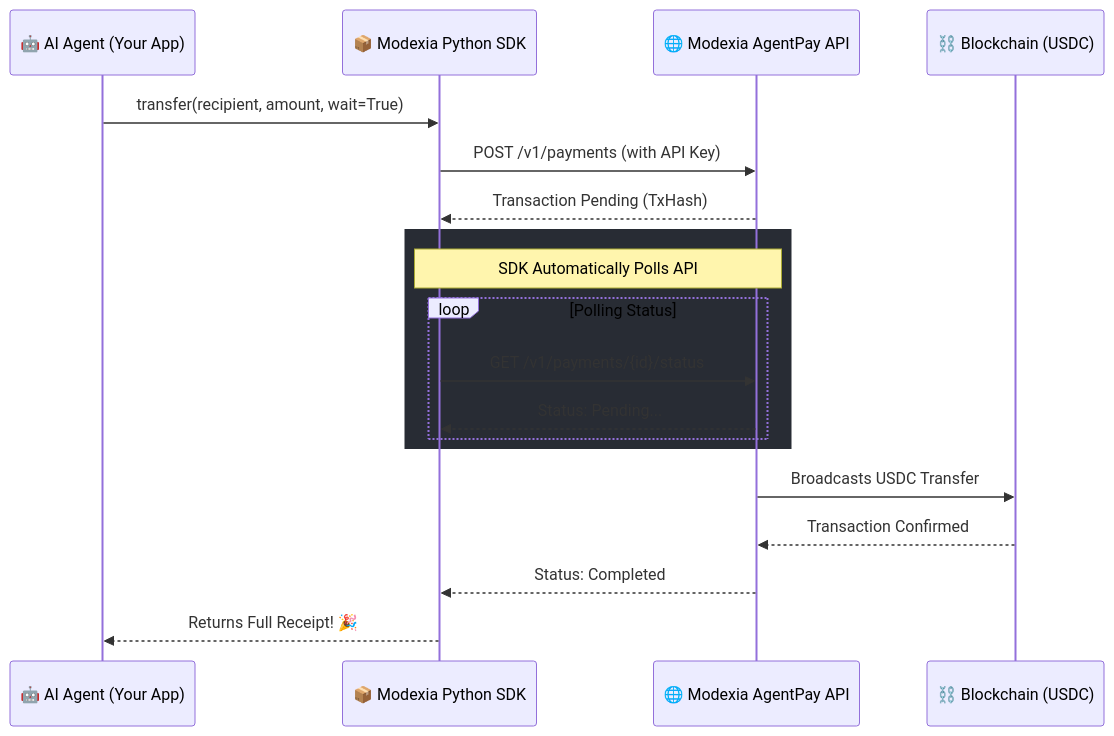
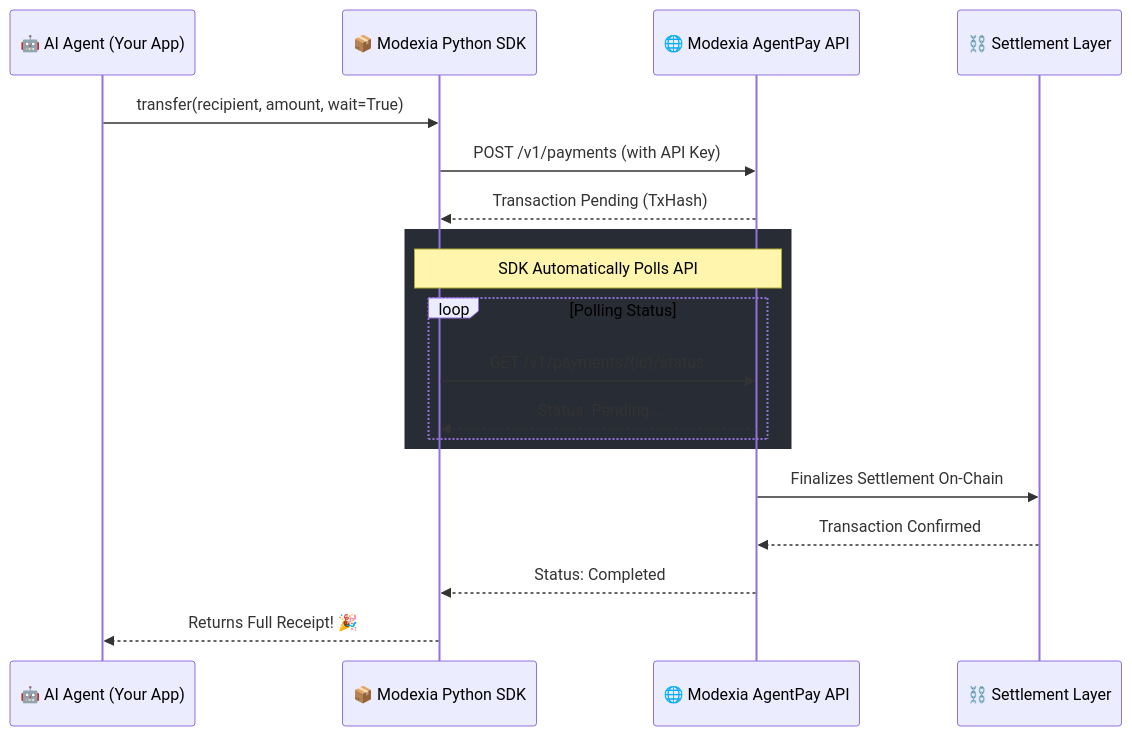
The first of 2 diagrams in SDKs/pythonSdk/README.md (Modaniels/SDKs), drawn with Mermaid before and after one commit. The commit also changed other lines of this file and 4 other files, not shown here.

````diff
--- a/SDKs/pythonSdk/README.md
+++ b/SDKs/pythonSdk/README.md
@@ -34,24 +34,24 @@
 ```mermaid
 sequenceDiagram
     participant Agent as 🤖 AI Agent (Your App)
     participant SDK as 📦 Modexia Python SDK
     participant API as 🌐 Modexia AgentPay API
-    participant Chain as ⛓️ Blockchain (USDC)
+    participant Chain as ⛓️ Settlement Layer
 
     Agent->>SDK: transfer(recipient, amount, wait=True)
     SDK->>API: POST /v1/payments (with API Key)
     API-->>SDK: Transaction Pending (TxHash)
     
     rect rgb(40, 44, 52)
     Note over SDK, API: SDK Automatically Polls API
     loop Polling Status
         SDK->>API: GET /v1/payments/{id}/status
         API-->>SDK: Status: Pending...
     end
     end
     
-    API->>Chain: Broadcasts USDC Transfer
+    API->>Chain: Finalizes Settlement On-Chain
     Chain-->>API: Transaction Confirmed
     API-->>SDK: Status: Completed
     SDK-->>Agent: Returns Full Receipt! 🎉
 ```
````
